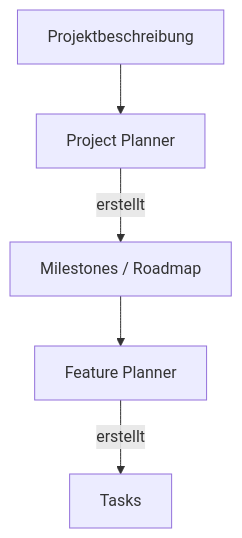
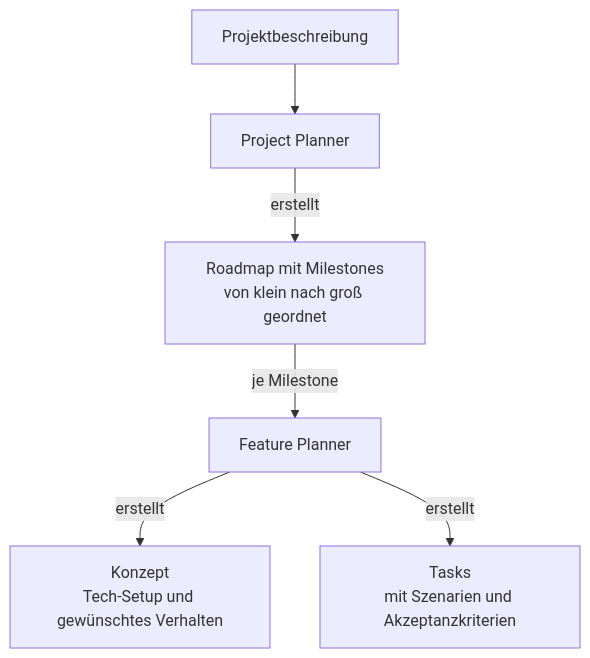
Before and after one commit to alexwenzel/ccmas: the first of 2 diagrams in README.md, drawn with Mermaid. The commit also changed other lines of this file and 1 other file, not shown here.

Commit message:
Update README.md: enhance project planning flowchart and clarify task workflow

````diff
--- a/README.md
+++ b/README.md
@@ -11,7 +11,8 @@
 ```mermaid
 flowchart TD
     P[Projektbeschreibung] --> PP[Project Planner]
-    PP -->|erstellt| M[Milestones / Roadmap]
-    M --> FP[Feature Planner]
-    FP -->|erstellt| T[Tasks]
+    PP -->|erstellt| M[Roadmap mit Milestones<br/>von klein nach groß geordnet]
+    M -->|je Milestone| FP[Feature Planner]
+    FP -->|erstellt| K[Konzept<br/>Tech-Setup und gewünschtes Verhalten]
+    FP -->|erstellt| T[Tasks<br/>mit Szenarien und Akzeptanzkriterien]
 ```
````
